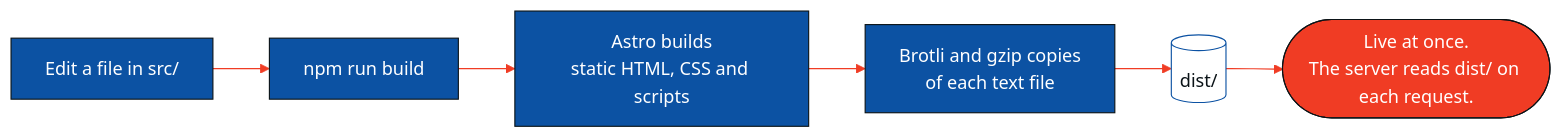
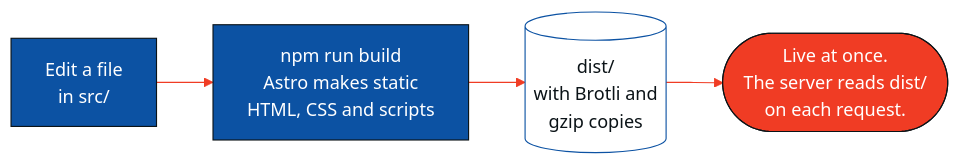
Before and after one commit to aniksarakash/SPSL_DEV_LANDING: the fourth of 4 diagrams in README.md, drawn with Mermaid. The commit also changed other lines of this file, not shown here.

Commit message:
README: larger text in the serving and edit-to-live diagrams

````diff
--- a/README.md
+++ b/README.md
@@ -165,15 +164,13 @@
 ```mermaid
 %%{init: {"theme":"base","themeVariables":{"primaryColor":"#0C52A3","primaryTextColor":"#0B1317","primaryBorderColor":"#0B1317","lineColor":"#F03C24","secondaryColor":"#F7F9FA","tertiaryColor":"#E9EEF2","edgeLabelBackground":"#F7F9FA","clusterBkg":"#F7F9FA","clusterBorder":"#0C52A3","titleColor":"#0B1317","fontFamily":"Arial, sans-serif"}}}%%
 flowchart LR
-    E["Edit a file in src/"] --> B["npm run build"]
-    B --> A["Astro builds<br/>static HTML, CSS and scripts"]
-    A --> Z["Brotli and gzip copies<br/>of each text file"]
-    Z --> D[("dist/")]
-    D --> L(["Live at once.<br/>The server reads dist/ on each request."])
+    E["Edit a file<br/>in src/"] --> B["npm run build<br/>Astro makes static<br/>HTML, CSS and scripts"]
+    B --> D[("dist/<br/>with Brotli and<br/>gzip copies")]
+    D --> L(["Live at once.<br/>The server reads dist/<br/>on each request."])
 
     classDef default fill:#0C52A3,stroke:#0B1317,color:#FFFFFF
     classDef red fill:#F03C24,stroke:#0B1317,color:#FFFFFF
     classDef paper fill:#FFFFFF,stroke:#0C52A3,color:#0B1317
     class L red
     class D paper
 ```
````
